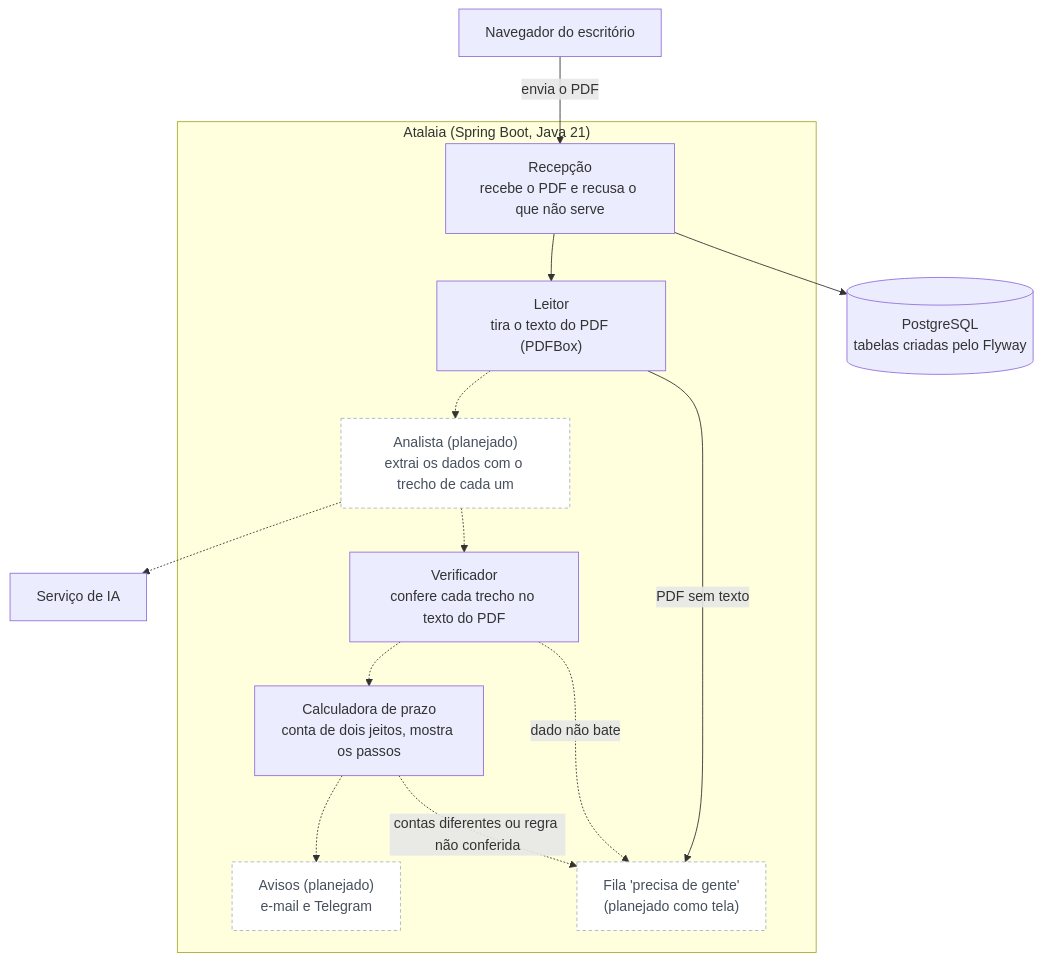
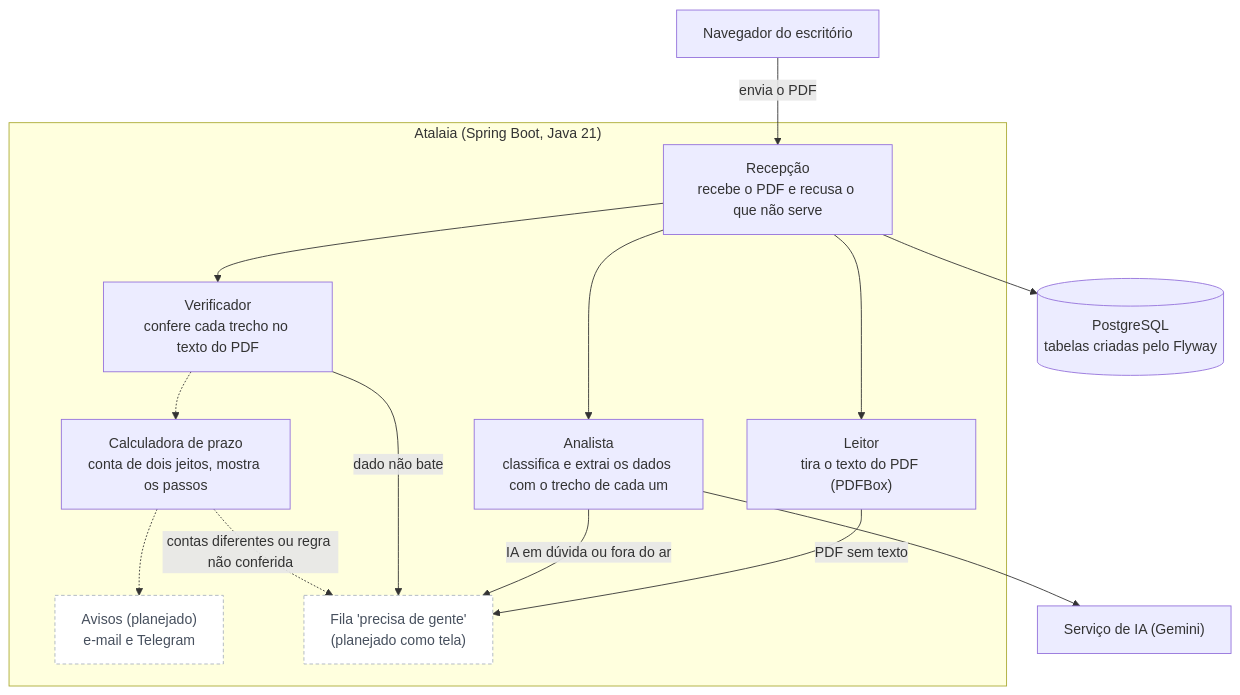
Before and after one commit to namtech-agents/atalaia: the second of 5 diagrams in docs/04-arquitetura/arquitetura.md, drawn with Mermaid. The commit also changed other lines of this file and 1 other file, not shown here.

Commit message:
docs: diagramas com o Analista ligado ao envio e a migração V3 (#142)

````diff
--- a/docs/04-arquitetura/arquitetura.md
+++ b/docs/04-arquitetura/arquitetura.md
@@ -58,32 +58,33 @@
 ```mermaid
 flowchart TB
     navegador["Navegador do escritório"]
 
     subgraph app["Atalaia (Spring Boot, Java 21)"]
         recepcao["Recepção<br/>recebe o PDF e recusa o que não serve"]
         leitor["Leitor<br/>tira o texto do PDF (PDFBox)"]
-        analista["Analista (planejado)<br/>extrai os dados com o trecho de cada um"]
+        analista["Analista<br/>classifica e extrai os dados com o trecho de cada um"]
         verificador["Verificador<br/>confere cada trecho no texto do PDF"]
         calculadora["Calculadora de prazo<br/>conta de dois jeitos, mostra os passos"]
         avisos["Avisos (planejado)<br/>e-mail e Telegram"]
         revisao["Fila 'precisa de gente'<br/>(planejado como tela)"]
     end
 
     banco[("PostgreSQL<br/>tabelas criadas pelo Flyway")]
-    ia["Serviço de IA"]
+    ia["Serviço de IA (Gemini)"]
 
     navegador -->|envia o PDF| recepcao
     recepcao --> leitor
-    leitor -.-> analista
-    analista -.-> ia
-    analista -.-> verificador
+    recepcao --> analista
+    analista --> ia
+    recepcao --> verificador
     verificador -.-> calculadora
     calculadora -.-> avisos
     recepcao --> banco
     leitor -->|PDF sem texto| revisao
-    verificador -.->|dado não bate| revisao
+    analista -->|IA em dúvida ou fora do ar| revisao
+    verificador -->|dado não bate| revisao
     calculadora -.->|contas diferentes ou regra não conferida| revisao
 
     classDef planejado fill:#ffffff,stroke:#aab3bf,stroke-dasharray:4 3,color:#47505e
-    class analista,avisos,revisao planejado
+    class avisos,revisao planejado
 ```
````
